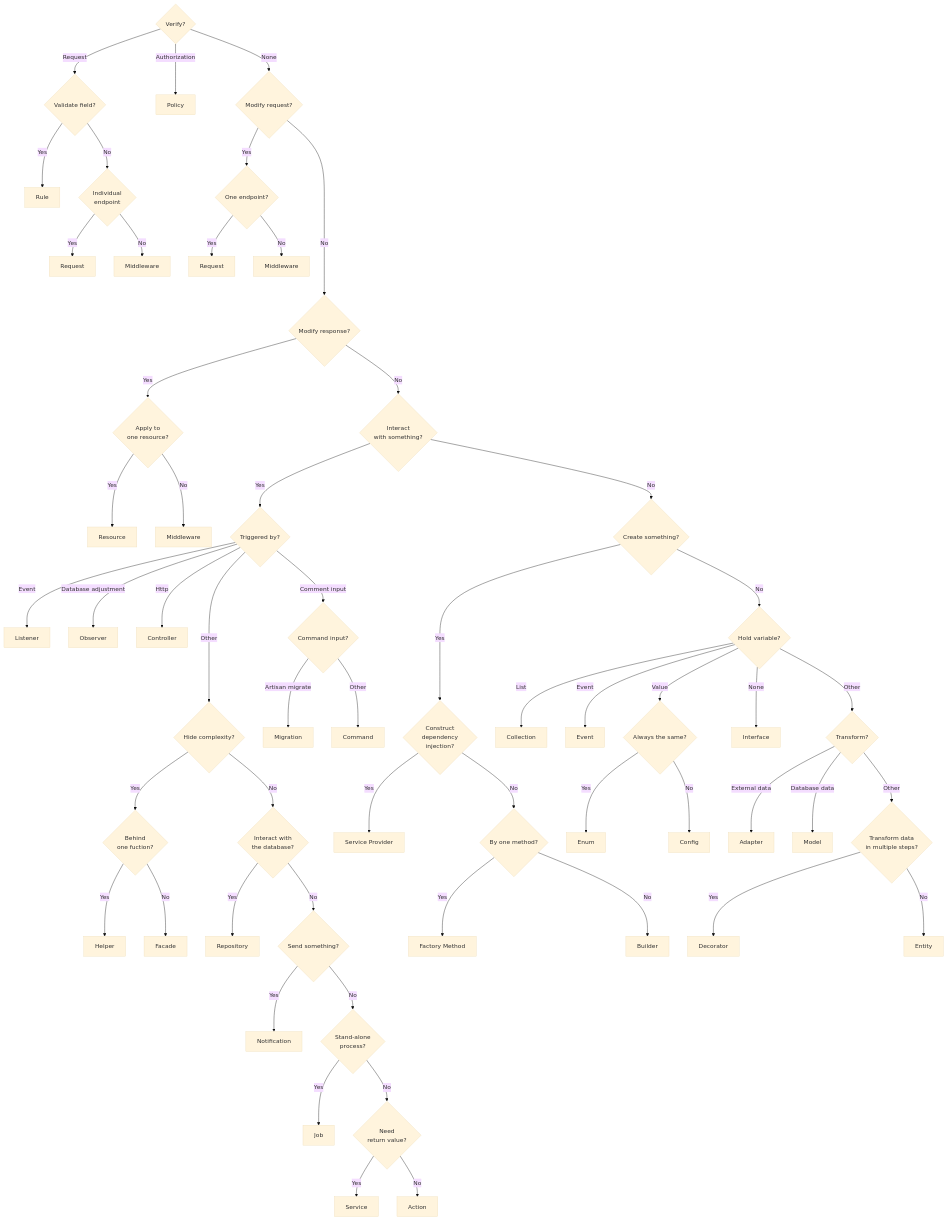
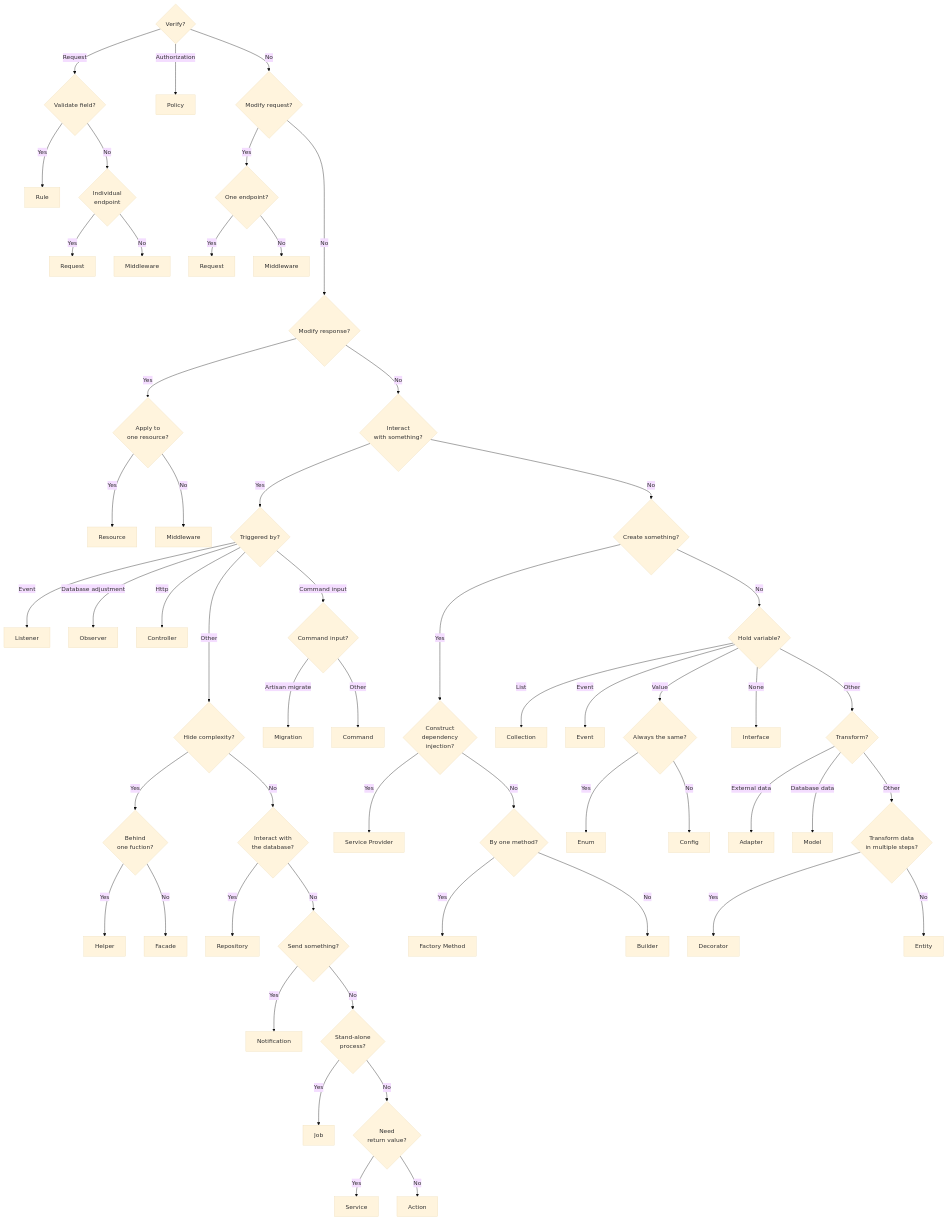
The diagram in readme.md (reindert-vetter/pattern-decision-tree), drawn with Mermaid (base theme) before and after one commit.

````diff
--- a/readme.md
+++ b/readme.md
@@ -7,67 +7,67 @@
 ```mermaid
 flowchart TB
     verify{Verify?}
     verify --> |Request| validate_field{"Validate field?"}
     validate_field --> |Yes| rule[Rule]
     validate_field --> |No|individual{Individual \n endpoint}
     individual --> |Yes| request1[Request]
     individual --> |No| middleware1[Middleware]
     verify --> |Authorization| policy[Policy]
 
-    verify --> |None| modify_request{Modify request?}
+    verify --> |No| modify_request{Modify request?}
     modify_request --> |Yes| one_endoint{One endpoint?}
     one_endoint --> |Yes| request2[Request]
     one_endoint --> |No| middleware2[Middleware]
     
     modify_request ----> |No| modify_response{Modify response?}
     modify_response --> |Yes| one_resource{"Apply to \n one resource?"}
     one_resource --> |Yes| resource[Resource]
     one_resource --> |No| middleware3[Middleware]
 
     modify_response --> |No| interact_with_something{Interact \n with something?}
     interact_with_something --> |Yes| triggered_by{"Triggered by?"}
     triggered_by --> |Event| listener[Listener]
     triggered_by --> |Database adjustment| observer[Observer]
     triggered_by --> |Http| controller[Controller]
 
     triggered_by ---> |Other| hide_complexity{"Hide complexity?"}
     hide_complexity --> |Yes| behind_one_function{"Behind \n one fuction?"}
-    triggered_by --> |Comment input| command_input{Command input?}
+    triggered_by --> |Command input| command_input{Command input?}
     command_input --> |Artisan migrate| migration[Migration]
     command_input --> |Other| command[Command]
 
     behind_one_function --> |Yes| helper[Helper]
     behind_one_function --> |No| facade[Facade]
     hide_complexity --> |No| interact_with_database{"Interact with \n the database?"}
     interact_with_database --> |Yes| repository[Repository]
 
     interact_with_database --> |No| send_something{Send something?}
     send_something --> |Yes| notification[Notification]
      
     send_something --> |No| stand_alone_process{Stand-alone \n process?}
     stand_alone_process --> |Yes| job[Job]
     stand_alone_process --> |No| need_return_value{Need \n return value?}
     need_return_value --> |Yes| service[Service]
     need_return_value --> |No| action[Action]
     
     interact_with_something --> |No| create_something{Create something?}
     create_something ---> |Yes| construct_dependency{Construct \n dependency \n injection?}
     construct_dependency --> |Yes| service_provider[Service Provider]
     construct_dependency --> |No| by_one_method{By one method?}
     by_one_method --> |Yes| factory_method[Factory Method]
     by_one_method --> |No| builder[Builder]
     create_something --> |No| hold_variable{Hold variable?}
     hold_variable --> |List| collection[Collection]
     hold_variable --> |Event| event[Event]
     hold_variable --> |Value| dates_are_always_the_same{"Always the same?"}
     hold_variable --> |None| interface[Interface]
     dates_are_always_the_same --> |Yes| enum[Enum]
     dates_are_always_the_same --> |No| config[Config]
 
     hold_variable --> |Other| transform{"Transform?"}
     transform --> |External data| adapter[Adapter]
     transform --> |Database data| model[Model]
     transform --> |Other| transform_data_in_multiple_steps{"Transform data \n in multiple steps?"}
     transform_data_in_multiple_steps --> |Yes| decorator[Decorator]
     transform_data_in_multiple_steps --> |No| entity[Entity]
  ```
````
